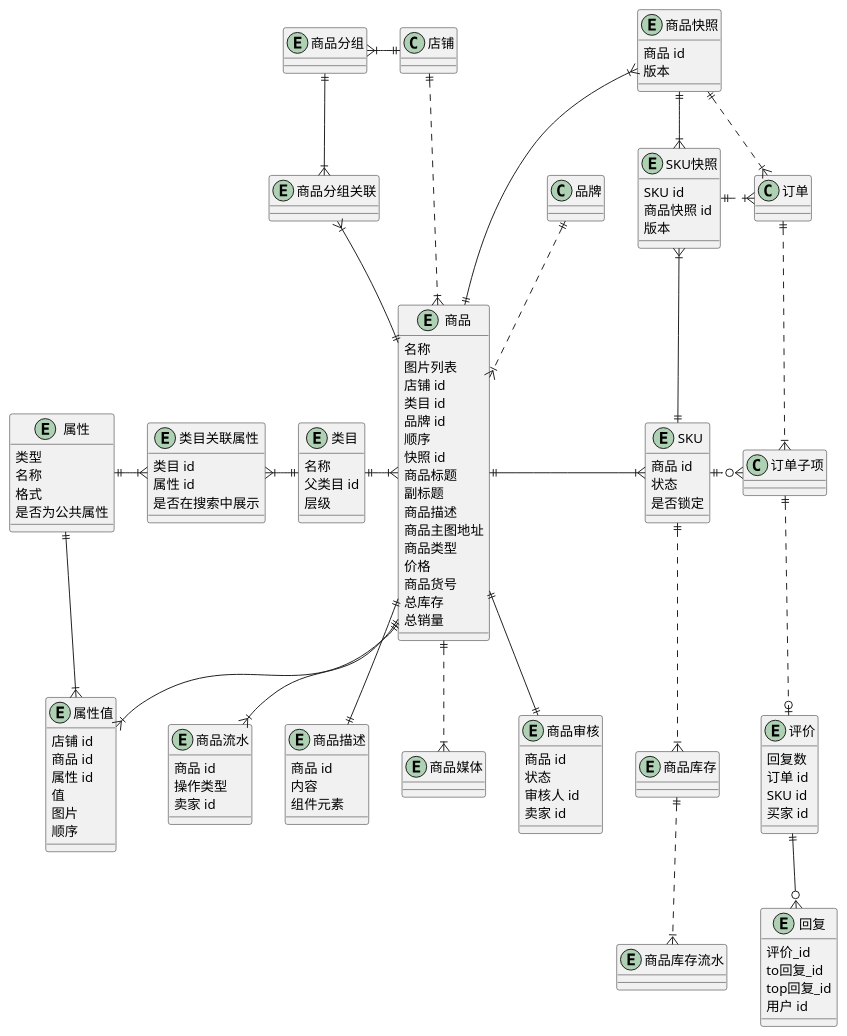
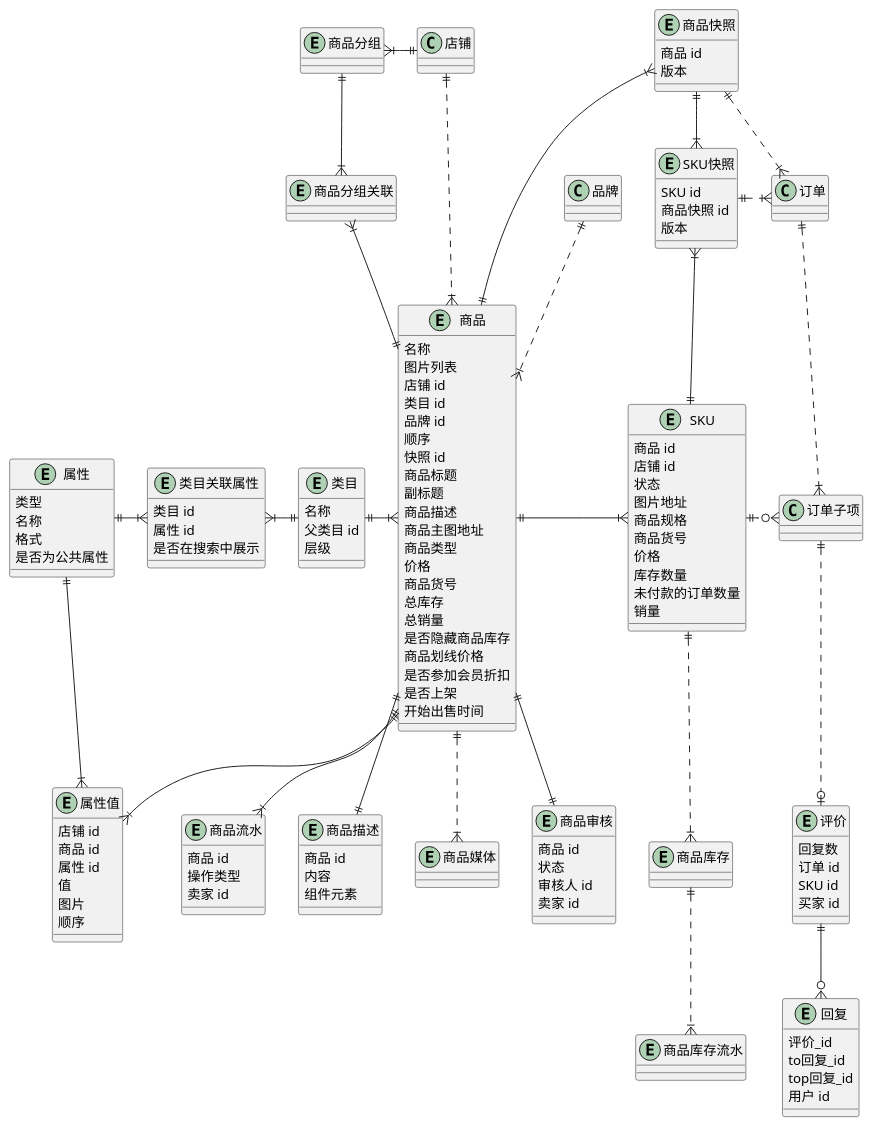
Before and after one commit to awesomecat2020/mock-mall: the diagram in 商品.wsd, drawn with PlantUML. The commit also changed 1 other file, not shown here.

```diff
--- a/商品.wsd
+++ b/商品.wsd
@@ -1,170 +1,191 @@
 @startuml 商品UML
 
 ' ==================== 商品 ====================
 entity 商品 {
     名称
     图片列表
     店铺 id
     类目 id
     品牌 id
     顺序
     快照 id
     商品标题
     ' 分享链接时显示
     副标题
     商品描述
     商品主图地址
 '   0：普通商品（物流发货）
 '   3：UMP降价拍
 '   5：外卖商品
 '   10：分销商品
 '   20：会员卡商品
 '   21：礼品卡商品
 '   22：团购券
 '   25：批发商品
 '   30：收银台商品
 '   31：知识付费商品
 '   35：酒店商品（无需物流）
 '   40：美业商品
 '   60：虚拟商品（无需物流）
 '   61：电子卡券（无需物流）
     商品类型
     价格
     ' 商家为商品设置的外部编号
     商品货号
     ' 基于 sku 的库存数量累加
     总库存
     总销量
+    ' 0 - 显示库存（默认）
+    ' 1 - 不显示库存
+    是否隐藏商品库存
+    ' 可以自定义。例如 促销价：888
+    ' 商品没有优惠的情况下，划线价在商品详情会以划线形式显示。
+    商品划线价格
+    ' 0 - 不参加会员折扣
+    ' 1 - 参加会员折扣（默认）
+    是否参加会员折扣
+    是否上架
+    开始出售时间
 }
 entity 类目 {
     名称
     父类目 id
     层级
 }
 entity 商品审核 {
     商品 id
     状态
     审核人 id
     卖家 id
 }
 entity 商品流水 {
     商品 id
     操作类型
     卖家 id
 }
 entity 商品描述 {
     商品 id
     ' 富文本，字数要大于5个字符，小于25000个字符 ，受违禁词控制
     内容
     组件元素
 }
 entity 商品媒体 {
     ' 暂不做
 }
 entity 商品分组 {
 
 }
 entity 商品分组关联 {
 
 }
 ' entity 后台类目 {
 ' 
 ' }
 
 店铺 ||..|{ 商品
 商品 }|.u.|| 品牌
 类目 ||-|{ 商品
 商品 ||--|| 商品审核
 商品 ||--|{ 商品流水
 商品 ||--|| 商品描述
 商品 ||..|{ 商品媒体
 ' 分组
 店铺 ||-l-|{ 商品分组
 商品分组关联 }|-u-|| 商品分组
 商品 ||-u-|{ 商品分组关联
 
 
 ' ==================== 订单 ====================
 entity SKU {
     商品 id
+    店铺 id
     状态
-    是否锁定
+    图片地址
+    商品规格
+    ' 商家为商品设置的外部编号
+    商品货号
+    价格
+    库存数量
+    ' 商品在付款减库存的状态下，该 SKU 上未付款的订单数量
+    未付款的订单数量
+    销量
+    ' 是否锁定
 }
 entity 商品库存 {
     ' 暂不做
 }
 entity 商品库存流水 {
     ' 暂不做
 }
 entity 商品快照 {
     商品 id
     版本
 }
 entity SKU快照 {
     SKU id
     商品快照 id
     版本
 }
 
 商品 ||-|{ SKU
 SKU ||..|{ 商品库存
 商品库存 ||..|{ 商品库存流水
 SKU ||.o{ 订单子项
 ' 快照
 SKU ||-u-|{ SKU快照
 SKU快照 ||.|{ 订单
 商品快照 ||--|{ SKU快照
 商品 ||-u-|{ 商品快照
 商品快照 ||.|{ 订单
 
 ' ==================== 属性 ====================
 entity 属性 {
     ' 类目不同，属性不同
     ' 销售属性/关键属性/非关键属性
     类型
     名称
     ' 选项、文本、数值、百分比
     格式
     ' 添加商品时一定会展示
     是否为公共属性
 }
 entity 类目关联属性 {
     类目 id
     属性 id
     是否在搜索中展示
 }
 entity 属性值 {
     店铺 id
     商品 id
     属性 id
     值
     图片
     顺序
 }
 
 属性 ||-|{ 类目关联属性
 类目关联属性 }|-|| 类目
 属性 ||--|{ 属性值
 商品 ||--|{ 属性值
 
 
 ' ==================== 评价 ====================
 entity 评价 {
     回复数
     订单 id
     SKU id
     买家 id
 }
 entity 回复 {
     评价_id
     to回复_id
     top回复_id
     用户 id
 }
 
 
 评价 |o.u.|| 订单子项
 订单子项 }|.u.|| 订单
 评价 ||--o{ 回复
 
 @enduml
```
